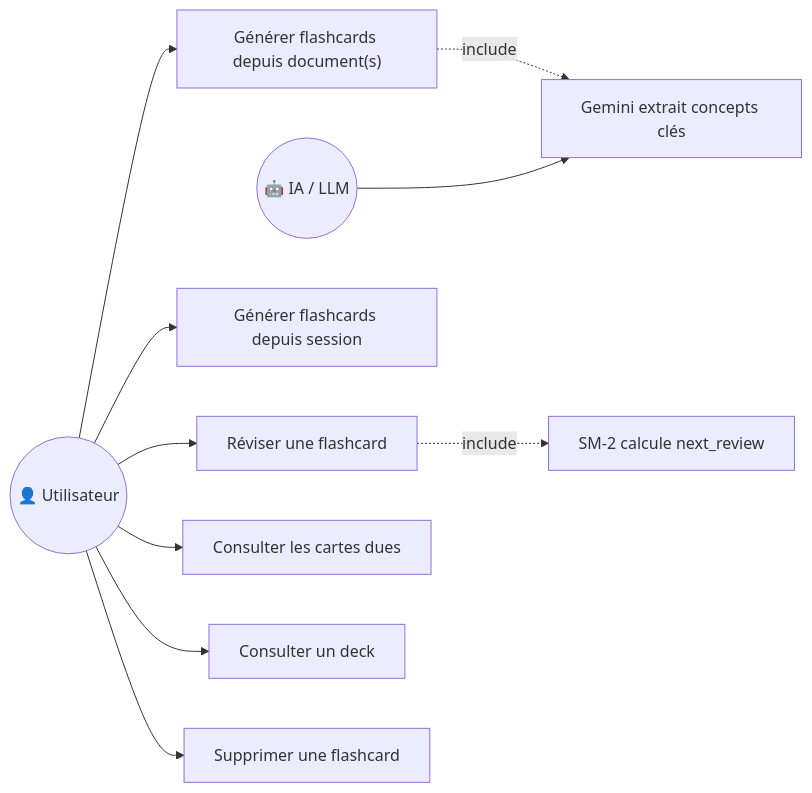
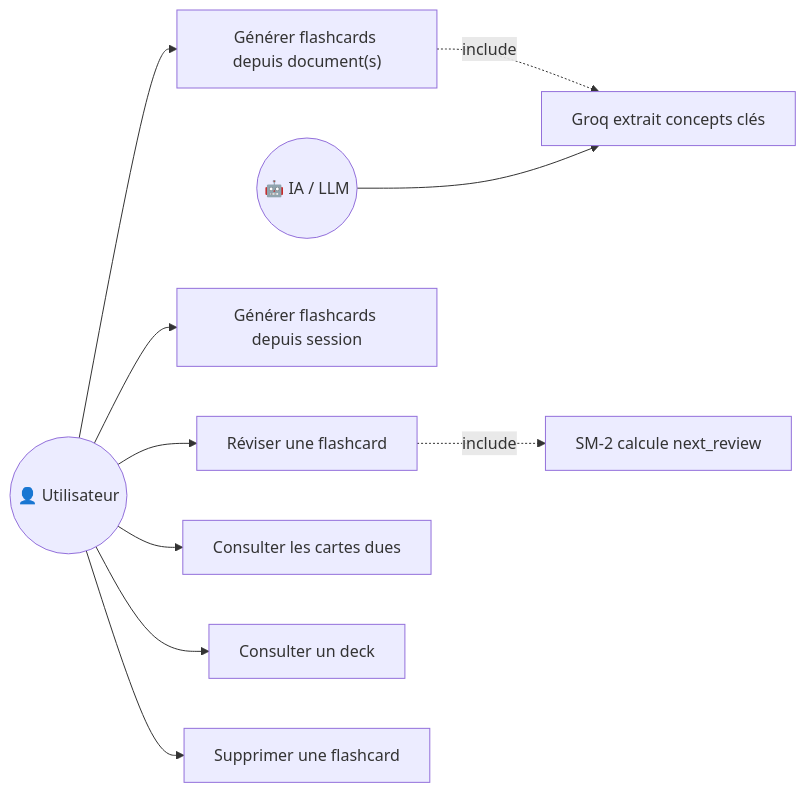
The ninth of 12 diagrams in docs/Conception_CasUtilisation.md (Jkacem/smart_focus), drawn with Mermaid before and after one commit. The commit also changed other lines of this file and 93 other files, not shown here.

````diff
--- a/docs/Conception_CasUtilisation.md
+++ b/docs/Conception_CasUtilisation.md
@@ -493,27 +562,27 @@
 ```mermaid
 graph LR
     User(("👤 Utilisateur"))
     IA(("🤖 IA / LLM"))
 
     UC15["Générer flashcards depuis document(s)"]
     UC15s["Générer flashcards depuis session"]
     UC15r["Réviser une flashcard"]
     UC15d["Consulter les cartes dues"]
     UC15dk["Consulter un deck"]
     UC15del["Supprimer une flashcard"]
 
-    UC15a["Gemini extrait concepts clés"]
+    UC15a["Groq extrait concepts clés"]
     UC15b["SM-2 calcule next_review"]
 
     User --> UC15
     User --> UC15s
     User --> UC15r
     User --> UC15d
     User --> UC15dk
     User --> UC15del
 
     UC15 -.->|include| UC15a
     UC15r -.->|include| UC15b
 
     IA --> UC15a
 ```
````
